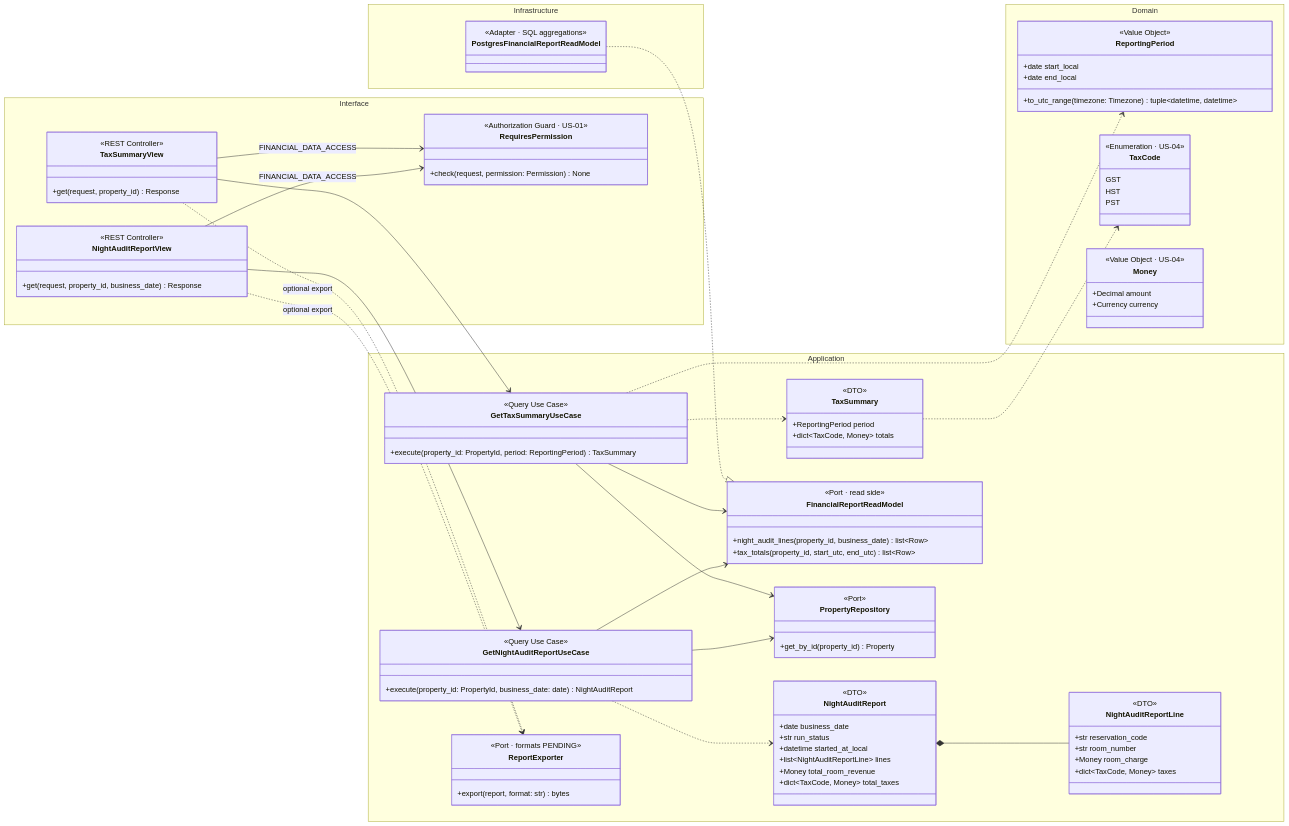
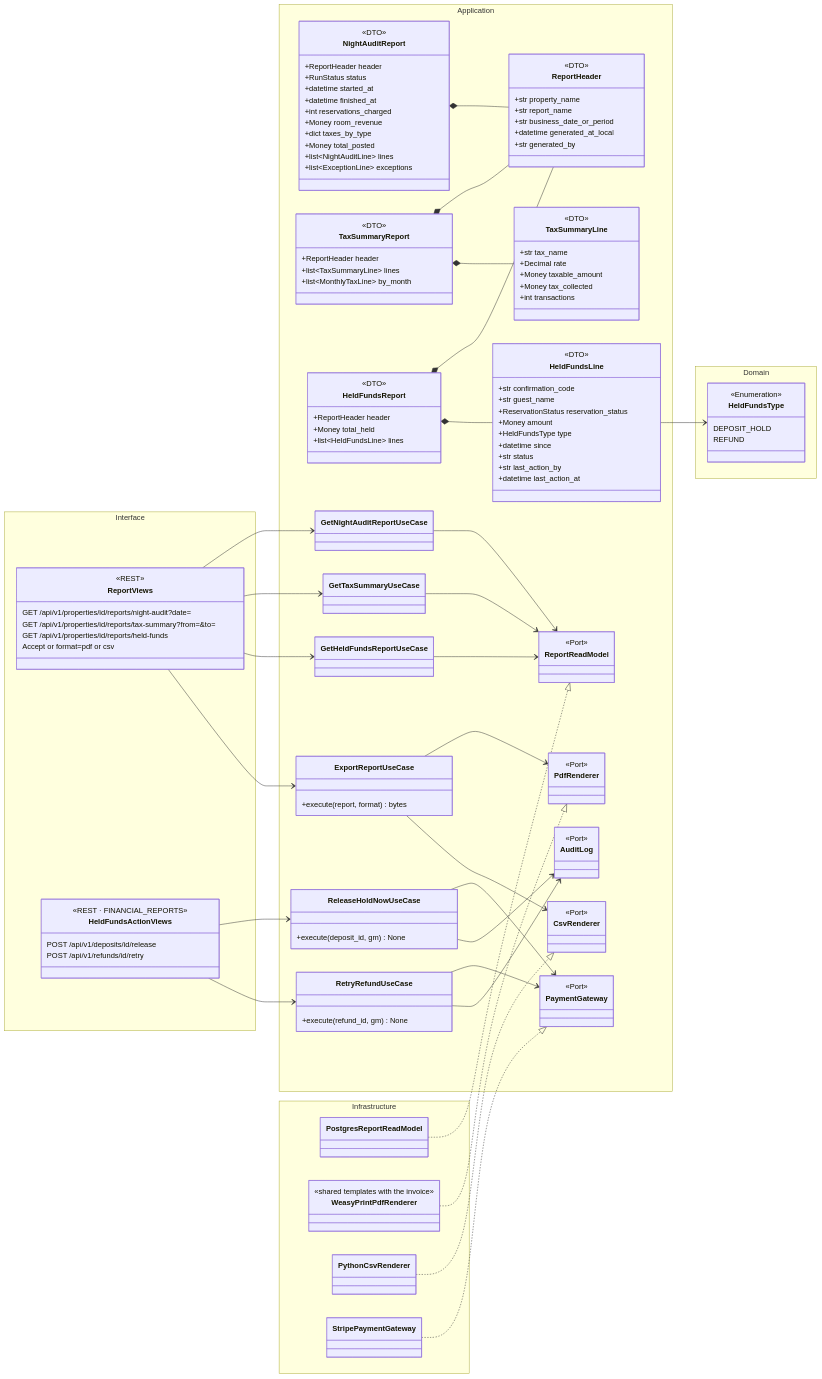
The first of 4 diagrams in docs/Initial Requirements/Diagrams/US-22 - Night Audit and Tax Reports.md (BraceroInSabot/Motel-Starmie), drawn with Mermaid before and after one commit. The commit also changed other lines of this file and 51 other files, not shown here.

````diff
--- a/docs/Initial Requirements/Diagrams/US-22 - Night Audit and Tax Reports.md
+++ b/docs/Initial Requirements/Diagrams/US-22 - Night Audit and Tax Reports.md
@@ -12,107 +24,144 @@
 classDiagram
     direction LR
 
-    namespace Domain {
-        class ReportingPeriod {
-            <<Value Object>>
-            +date start_local
-            +date end_local
-            +to_utc_range(timezone: Timezone) tuple~datetime, datetime~
+    namespace Application {
+        class ReportHeader {
+            <<DTO>>
+            +str property_name
+            +str report_name
+            +str business_date_or_period
+            +datetime generated_at_local
+            +str generated_by
         }
-        class TaxCode {
-            <<Enumeration · US-04>>
-            GST
-            HST
-            PST
+        class NightAuditReport {
+            <<DTO>>
+            +ReportHeader header
+            +RunStatus status
+            +datetime started_at
+            +datetime finished_at
+            +int reservations_charged
+            +Money room_revenue
+            +dict taxes_by_type
+            +Money total_posted
+            +list~NightAuditLine~ lines
+            +list~ExceptionLine~ exceptions
         }
-        class Money {
-            <<Value Object · US-04>>
-            +Decimal amount
-            +Currency currency
+        class TaxSummaryReport {
+            <<DTO>>
+            +ReportHeader header
+            +list~TaxSummaryLine~ lines
+            +list~MonthlyTaxLine~ by_month
+        }
+        class TaxSummaryLine {
+            <<DTO>>
+            +str tax_name
+            +Decimal rate
+            +Money taxable_amount
+            +Money tax_collected
+            +int transactions
+        }
+        class HeldFundsReport {
+            <<DTO>>
+            +ReportHeader header
+            +Money total_held
+            +list~HeldFundsLine~ lines
+        }
+        class HeldFundsLine {
+            <<DTO>>
+            +str confirmation_code
+            +str guest_name
+            +ReservationStatus reservation_status
+            +Money amount
+            +HeldFundsType type
+            +datetime since
+            +str status
+            +str last_action_by
+            +datetime last_action_at
+        }
+        class GetNightAuditReportUseCase
+        class GetTaxSummaryUseCase
+        class GetHeldFundsReportUseCase
+        class ReleaseHoldNowUseCase {
+            +execute(deposit_id, gm) None
+        }
+        class RetryRefundUseCase {
+            +execute(refund_id, gm) None
+        }
+        class ExportReportUseCase {
+            +execute(report, format) bytes
+        }
+        class ReportReadModel {
+            <<Port>>
+        }
+        class PaymentGateway {
+            <<Port>>
+        }
+        class PdfRenderer {
+            <<Port>>
+        }
+        class CsvRenderer {
+            <<Port>>
+        }
+        class AuditLog {
+            <<Port>>
         }
     }
 
-    namespace Application {
-        class GetNightAuditReportUseCase {
-            <<Query Use Case>>
-            +execute(property_id: PropertyId, business_date: date) NightAuditReport
-        }
-        class GetTaxSummaryUseCase {
-            <<Query Use Case>>
-            +execute(property_id: PropertyId, period: ReportingPeriod) TaxSummary
-        }
-        class NightAuditReport {
-            <<DTO>>
-            +date business_date
-            +str run_status
-            +datetime started_at_local
-            +list~NightAuditReportLine~ lines
-            +Money total_room_revenue
-            +dict~TaxCode, Money~ total_taxes
-        }
-        class NightAuditReportLine {
-            <<DTO>>
-            +str reservation_code
-            +str room_number
-            +Money room_charge
-            +dict~TaxCode, Money~ taxes
-        }
-        class TaxSummary {
-            <<DTO>>
-            +ReportingPeriod period
-            +dict~TaxCode, Money~ totals
-        }
-        class FinancialReportReadModel {
-            <<Port · read side>>
-            +night_audit_lines(property_id, business_date) list~Row~
-            +tax_totals(property_id, start_utc, end_utc) list~Row~
-        }
-        class PropertyRepository {
-            <<Port>>
-            +get_by_id(property_id) Property
-        }
-        class ReportExporter {
-            <<Port · formats PENDING>>
-            +export(report, format: str) bytes
+    namespace Domain {
+        class HeldFundsType {
+            <<Enumeration>>
+            DEPOSIT_HOLD
+            REFUND
         }
     }
 
     namespace Infrastructure {
-        class PostgresFinancialReportReadModel {
-            <<Adapter · SQL aggregations>>
+        class PostgresReportReadModel
+        class WeasyPrintPdfRenderer {
+            <<shared templates with the invoice>>
+        }
+        class PythonCsvRenderer
+        class StripePaymentGateway
+    }
+
+    namespace Interface {
+        class ReportViews {
+            <<REST>>
+            GET /api/v1/properties/id/reports/night-audit?date=
+            GET /api/v1/properties/id/reports/tax-summary?from=&to=
+            GET /api/v1/properties/id/reports/held-funds
+            Accept or format=pdf or csv
+        }
+        class HeldFundsActionViews {
+            <<REST · FINANCIAL_REPORTS>>
+            POST /api/v1/deposits/id/release
+            POST /api/v1/refunds/id/retry
         }
     }
 
-    namespace Interface {
-        class NightAuditReportView {
-            <<REST Controller>>
-            +get(request, property_id, business_date) Response
-        }
-        class TaxSummaryView {
-            <<REST Controller>>
-            +get(request, property_id) Response
-        }
-        class RequiresPermission {
-            <<Authorization Guard · US-01>>
-            +check(request, permission: Permission) None
-        }
-    }
-
-    GetNightAuditReportUseCase --> FinancialReportReadModel
-    GetNightAuditReportUseCase --> PropertyRepository
-    GetNightAuditReportUseCase ..> NightAuditReport
-    NightAuditReport *-- NightAuditReportLine
-    GetTaxSummaryUseCase --> FinancialReportReadModel
-    GetTaxSummaryUseCase --> PropertyRepository
-    GetTaxSummaryUseCase ..> ReportingPeriod
-    GetTaxSummaryUseCase ..> TaxSummary
-    TaxSummary ..> TaxCode
-    PostgresFinancialReportReadModel ..|> FinancialReportReadModel
-
-    NightAuditReportView --> RequiresPermission : FINANCIAL_DATA_ACCESS
-    TaxSummaryView --> RequiresPermission : FINANCIAL_DATA_ACCESS
-    NightAuditReportView --> GetNightAuditReportUseCase
-    TaxSummaryView --> GetTaxSummaryUseCase
-    NightAuditReportView ..> ReportExporter : optional export
-    TaxSummaryView ..> ReportExporter : optional export
+    NightAuditReport *-- ReportHeader
+    TaxSummaryReport *-- ReportHeader
+    TaxSummaryReport *-- TaxSummaryLine
+    HeldFundsReport *-- ReportHeader
+    HeldFundsReport *-- HeldFundsLine
+    HeldFundsLine --> HeldFundsType
+    GetNightAuditReportUseCase --> ReportReadModel
+    GetTaxSummaryUseCase --> ReportReadModel
+    GetHeldFundsReportUseCase --> ReportReadModel
+    ReleaseHoldNowUseCase --> PaymentGateway
+    ReleaseHoldNowUseCase --> AuditLog
+    RetryRefundUseCase --> PaymentGateway
+    RetryRefundUseCase --> AuditLog
+    ExportReportUseCase --> PdfRenderer
+    ExportReportUseCase --> CsvRenderer
+    PostgresReportReadModel ..|> ReportReadModel
+    WeasyPrintPdfRenderer ..|> PdfRenderer
+    PythonCsvRenderer ..|> CsvRenderer
+    StripePaymentGateway ..|> PaymentGateway
+    ReportViews --> GetNightAuditReportUseCase
+    ReportViews --> GetTaxSummaryUseCase
+    ReportViews --> GetHeldFundsReportUseCase
+    ReportViews --> ExportReportUseCase
+    HeldFundsActionViews --> ReleaseHoldNowUseCase
+    HeldFundsActionViews --> RetryRefundUseCase
 ```
````
